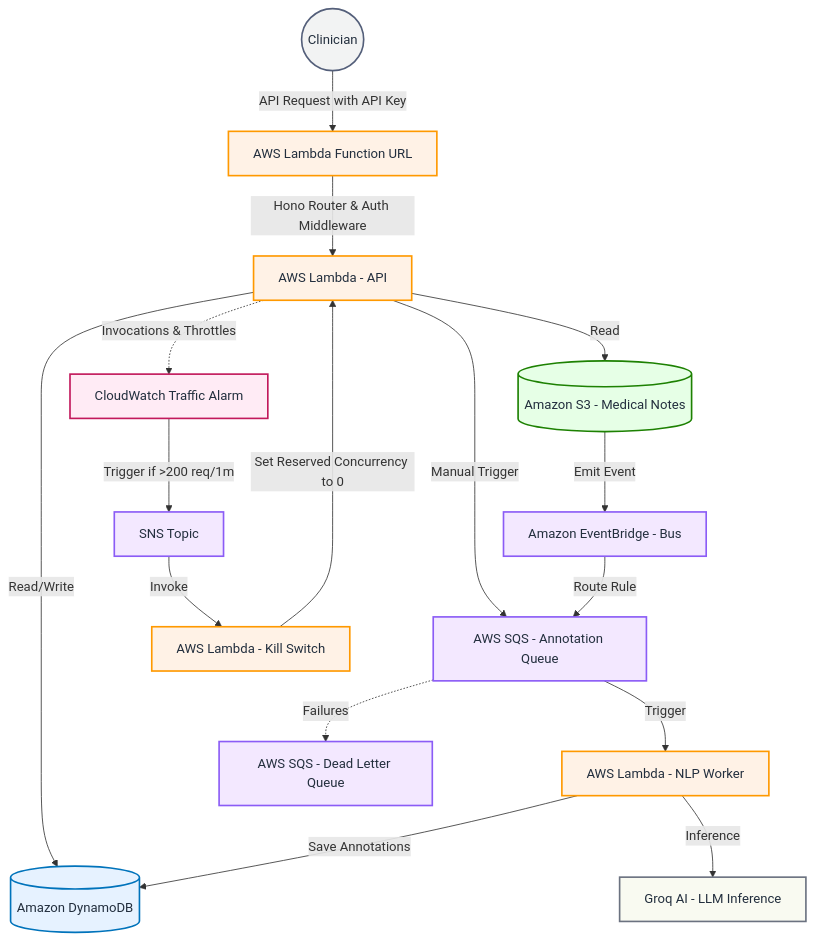
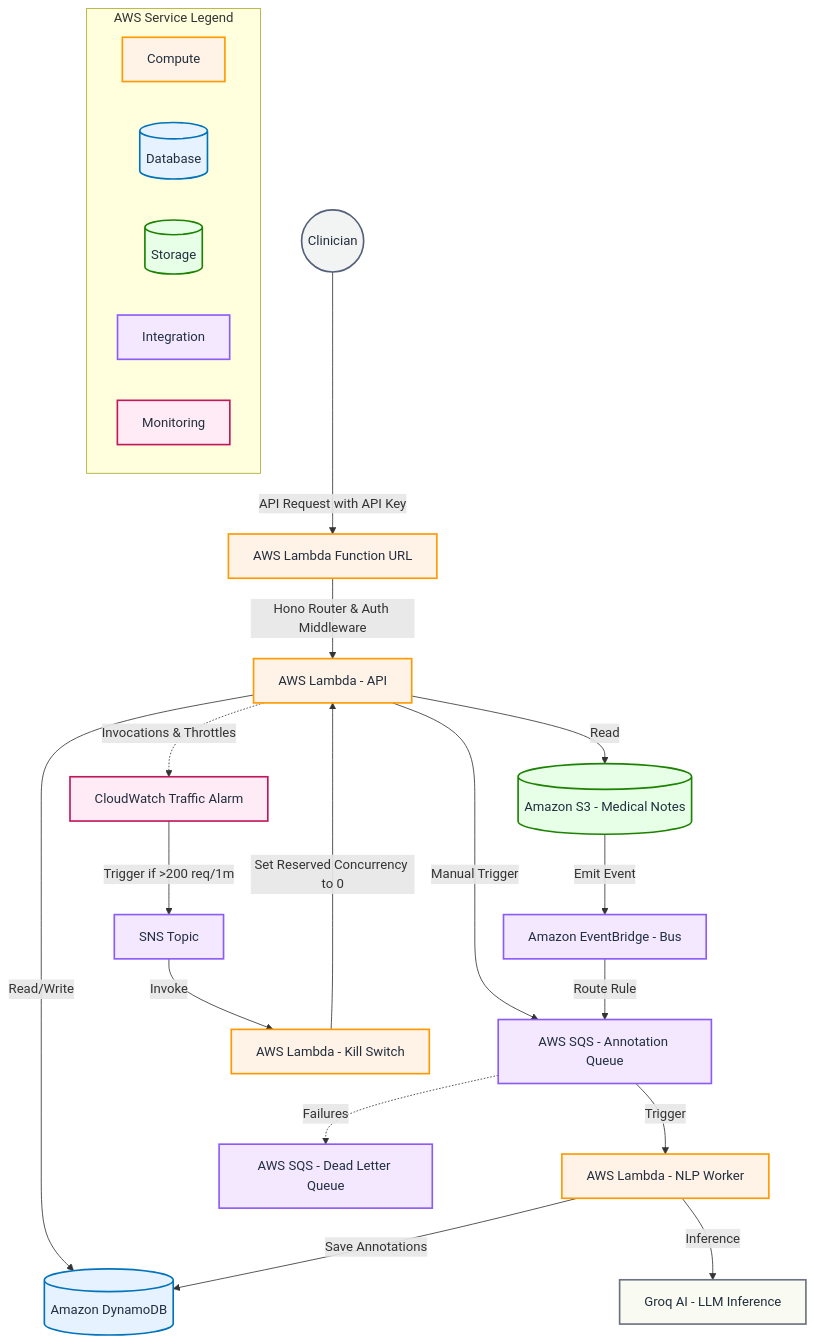
The diagram in README.md (harsh-vardhhan/EHR-backend), drawn with Mermaid before and after one commit.

Commit message:
style(docs): add visual legend to architecture diagram

````diff
--- a/README.md
+++ b/README.md
@@ -26,40 +26,57 @@
 ```mermaid
 graph TD
     User((Clinician)) -->|API Request with API Key| LambdaURL[AWS Lambda Function URL]
     LambdaURL -->|Hono Router & Auth Middleware| LambdaAPI[AWS Lambda - API]
     LambdaAPI -->|Read/Write| DynamoDB[(Amazon DynamoDB)]
     LambdaAPI -->|Read| S3[(Amazon S3 - Medical Notes)]
     LambdaAPI -->|Manual Trigger| SQS[AWS SQS - Annotation Queue]
 
     S3 -->|Emit Event| EB[Amazon EventBridge - Bus]
     EB -->|Route Rule| SQS[AWS SQS - Annotation Queue]
     SQS -->|Trigger| LambdaWorker[AWS Lambda - NLP Worker]
     SQS -.->|Failures| DLQ[AWS SQS - Dead Letter Queue]
     
     LambdaWorker -->|Inference| Groq[Groq AI - LLM Inference]
     LambdaWorker -->|Save Annotations| DynamoDB
 
     %% DDoS Protection
     LambdaAPI -.->|Invocations & Throttles| CWAlarm[CloudWatch Traffic Alarm]
     CWAlarm -->|Trigger if >200 req/1m| SNS[SNS Topic]
     SNS -->|Invoke| LambdaKillSwitch[AWS Lambda - Kill Switch]
     LambdaKillSwitch -->|Set Reserved Concurrency to 0| LambdaAPI
 
+    %% Legend
+    subgraph Legend ["AWS Service Legend"]
+        direction LR
+        L_Comp[Compute]
+        L_Db[(Database)]
+        L_Stor[(Storage)]
+        L_Int[Integration]
+        L_Mon[Monitoring]
+    end
+
     %% AWS Styling Classes
     classDef compute fill:#FFF2E6,stroke:#FF9900,stroke-width:2px,color:#232F3E;
     classDef database fill:#E6F2FF,stroke:#0073BB,stroke-width:2px,color:#232F3E;
     classDef storage fill:#E6FFE6,stroke:#1D8102,stroke-width:2px,color:#232F3E;
     classDef integration fill:#F3E8FF,stroke:#8B5CF6,stroke-width:2px,color:#232F3E;
     classDef monitor fill:#FFEBF5,stroke:#C2185B,stroke-width:2px,color:#232F3E;
     classDef userNode fill:#F2F3F3,stroke:#545F7A,stroke-width:2px,color:#232F3E;
     classDef external fill:#F9FAF1,stroke:#6B7280,stroke-width:2px,color:#232F3E;
 
     %% Apply Classes
     class LambdaURL,LambdaAPI,LambdaWorker,LambdaKillSwitch compute;
     class DynamoDB database;
     class S3 storage;
     class SQS,DLQ,EB,SNS integration;
     class CWAlarm monitor;
     class User userNode;
     class Groq external;
+    
+    %% Apply Classes to Legend
+    class L_Comp compute;
+    class L_Db database;
+    class L_Stor storage;
+    class L_Int integration;
+    class L_Mon monitor;
 ```
````
